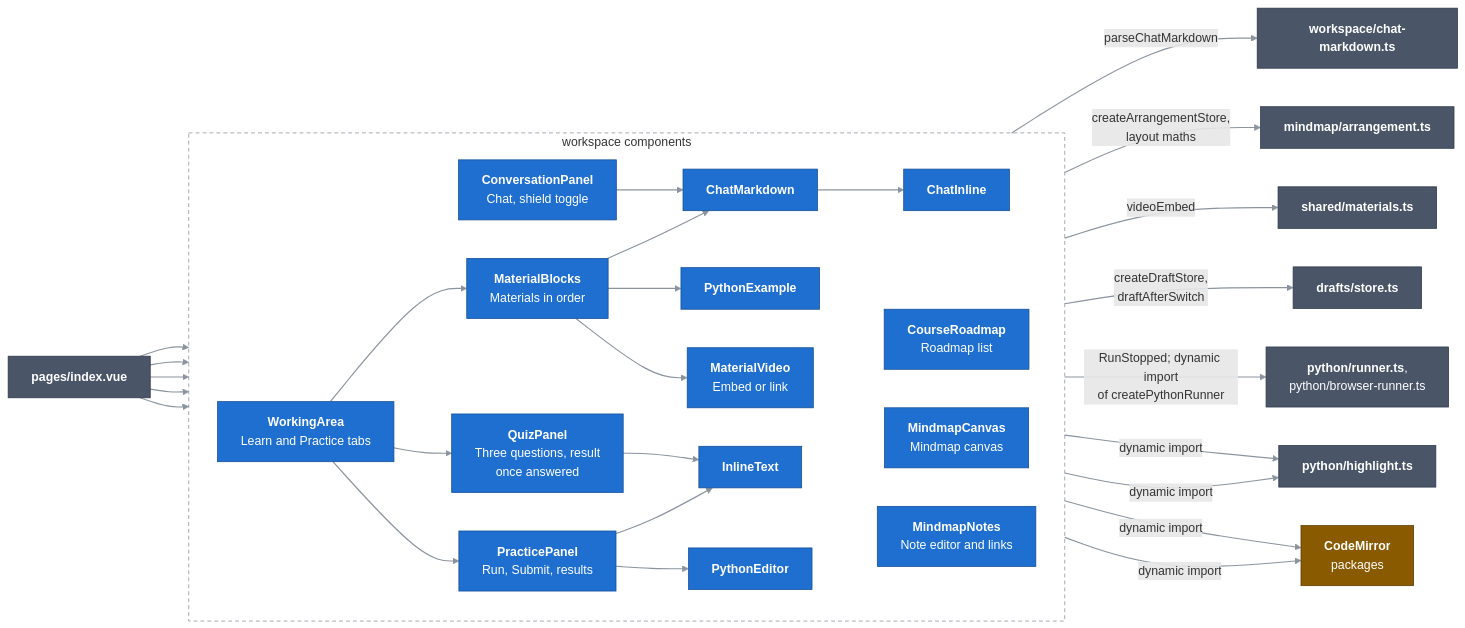
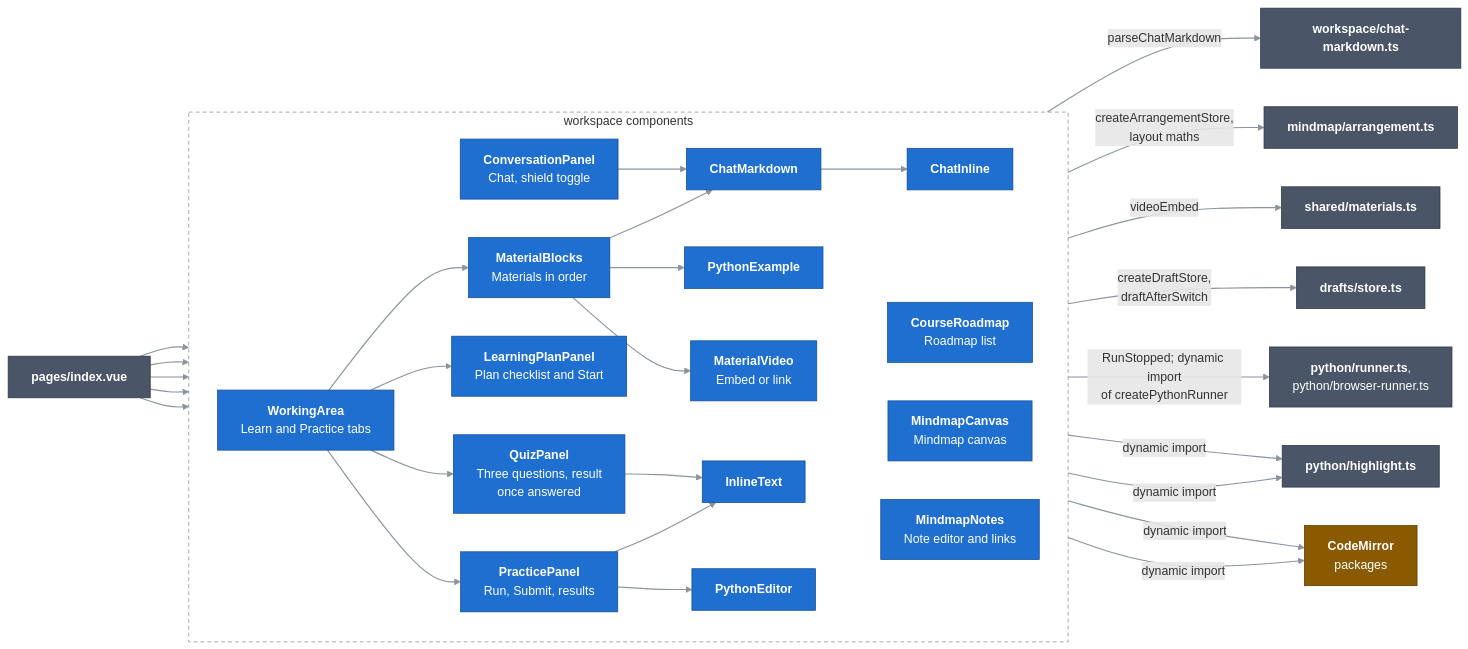
One commit to Bill2926/COS40005_HN9_Verifiable_Co-Learner_Agent changed the diagram in docs/c4/03-components/web-app/02-workspace-components.md. Above: the diagram before and after it, drawn with Mermaid. The commit also changed other lines of this file and 34 other files, not shown here.

First line of the commit message:
Let the Teacher propose a learning plan the student agrees to (#236)

````diff
--- a/docs/c4/03-components/web-app/02-workspace-components.md
+++ b/docs/c4/03-components/web-app/02-workspace-components.md
@@ -11,63 +11,65 @@
 ```mermaid
 flowchart LR
   classDef comp fill:#1f6fd0,stroke:#164f96,color:#ffffff
   classDef near fill:#4a5568,stroke:#2d3748,color:#ffffff
   classDef ext fill:#8a5a00,stroke:#5c3c00,color:#ffffff
   linkStyle default stroke:#8b949e,stroke-width:1.5px
 
   index["<b>pages/index.vue</b>"]:::near
 
   subgraph ws["workspace components"]
     direction LR
     conv["<b>ConversationPanel</b><br/>Chat, shield toggle"]:::comp
     cm["<b>ChatMarkdown</b>"]:::comp
     ci["<b>ChatInline</b>"]:::comp
     cr["<b>CourseRoadmap</b><br/>Roadmap list"]:::comp
     rc["<b>MindmapCanvas</b><br/>Mindmap canvas"]:::comp
     mn["<b>MindmapNotes</b><br/>Note editor and links"]:::comp
     wa["<b>WorkingArea</b><br/>Learn and Practice tabs"]:::comp
+    lp["<b>LearningPlanPanel</b><br/>Plan checklist and Start"]:::comp
     mb["<b>MaterialBlocks</b><br/>Materials in order"]:::comp
     mv["<b>MaterialVideo</b><br/>Embed or link"]:::comp
     qz["<b>QuizPanel</b><br/>Three questions, result<br/>once answered"]:::comp
     pp["<b>PracticePanel</b><br/>Run, Submit, results"]:::comp
     pe["<b>PythonEditor</b>"]:::comp
     px["<b>PythonExample</b>"]:::comp
     it["<b>InlineText</b>"]:::comp
   end
 
   chatmd["<b>workspace/chat-markdown.ts</b>"]:::near
   mats["<b>shared/materials.ts</b>"]:::near
   arr["<b>mindmap/arrangement.ts</b>"]:::near
   drafts["<b>drafts/store.ts</b>"]:::near
   runner["<b>python/runner.ts</b>,<br/>python/browser-runner.ts"]:::near
   hl["<b>python/highlight.ts</b>"]:::near
   cmpkg["<b>CodeMirror</b><br/>packages"]:::ext
 
   index --> conv
   index --> cr
   index --> rc
   index --> mn
   index --> wa
   conv --> cm
   cm --> ci
   cm -->|"parseChatMarkdown"| chatmd
   rc -->|"createArrangementStore,<br/>layout maths"| arr
   wa --> mb
+  wa --> lp
   wa --> pp
   wa --> qz
   mb --> cm
   mb --> px
   mb --> mv
   mv -->|"videoEmbed"| mats
   qz --> it
   pp --> pe
   pp --> it
   pp -->|"createDraftStore,<br/>draftAfterSwitch"| drafts
   pp -->|"RunStopped; dynamic import<br/>of createPythonRunner"| runner
   pe -->|"dynamic import"| hl
   px -->|"dynamic import"| hl
   pe -->|"dynamic import"| cmpkg
   px -->|"dynamic import"| cmpkg
 
   style ws fill:none,stroke:#8b949e,stroke-dasharray:5 4
 ```
````
